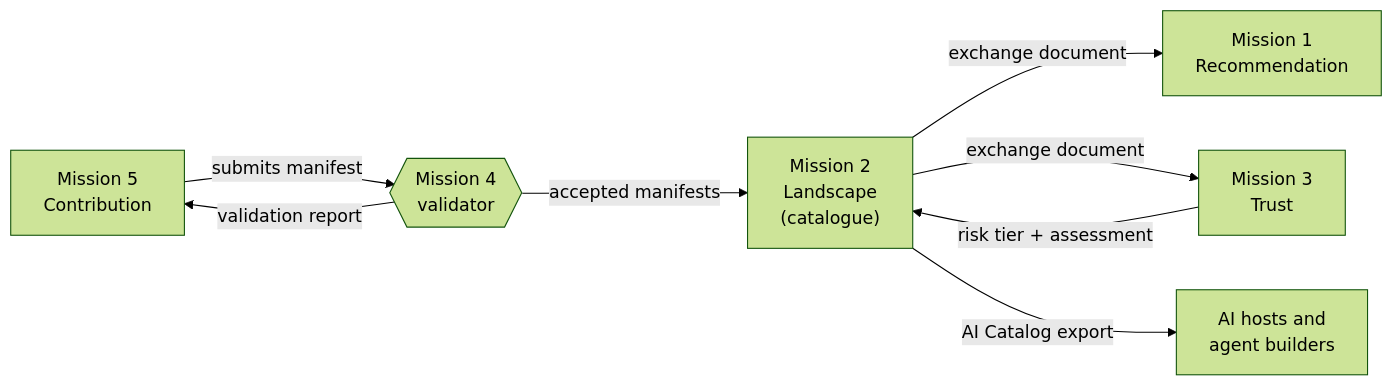
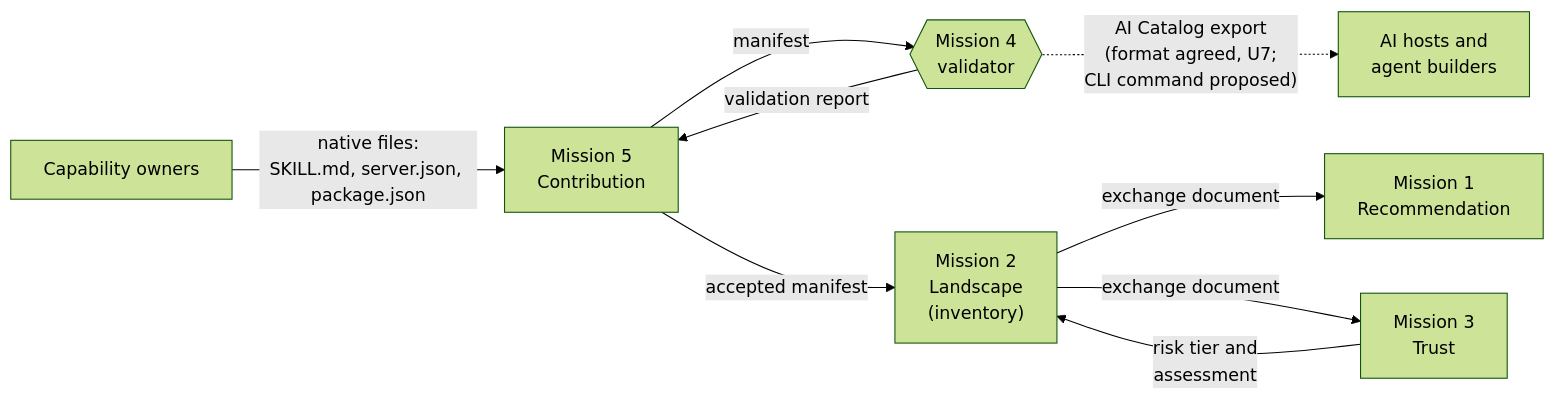
One commit to Mohanraj237/capability-intelligence changed the sixth of 7 diagrams in docs/phase-1-demo.md. Above: the diagram before and after it, drawn with Mermaid (forest theme). The commit also changed other lines of this file and 11 other files, not shown here.

````diff
--- a/docs/phase-1-demo.md
+++ b/docs/phase-1-demo.md
@@ -290,10 +1534,11 @@
 ```mermaid
 flowchart LR
-    M5["Mission 5<br/>Contribution"] -->|"submits manifest"| V{{"Mission 4<br/>validator"}}
+    O["Capability owners"] -->|"native files:<br/>SKILL.md, server.json, package.json"| M5["Mission 5<br/>Contribution"]
+    M5 -->|"manifest"| V{{"Mission 4<br/>validator"}}
     V -->|"validation report"| M5
-    V -->|"accepted manifests"| M2["Mission 2<br/>Landscape<br/>(catalogue)"]
+    M5 -->|"accepted manifest"| M2["Mission 2<br/>Landscape<br/>(inventory)"]
     M2 -->|"exchange document"| M1["Mission 1<br/>Recommendation"]
     M2 -->|"exchange document"| M3["Mission 3<br/>Trust"]
-    M3 -->|"risk tier + assessment"| M2
-    M2 -->|"AI Catalog export"| H["AI hosts and<br/>agent builders"]
+    M3 -->|"risk tier and<br/>assessment"| M2
+    V -.->|"AI Catalog export<br/>(format agreed, U7;<br/>CLI command proposed)"| H["AI hosts and<br/>agent builders"]
 ```
````
